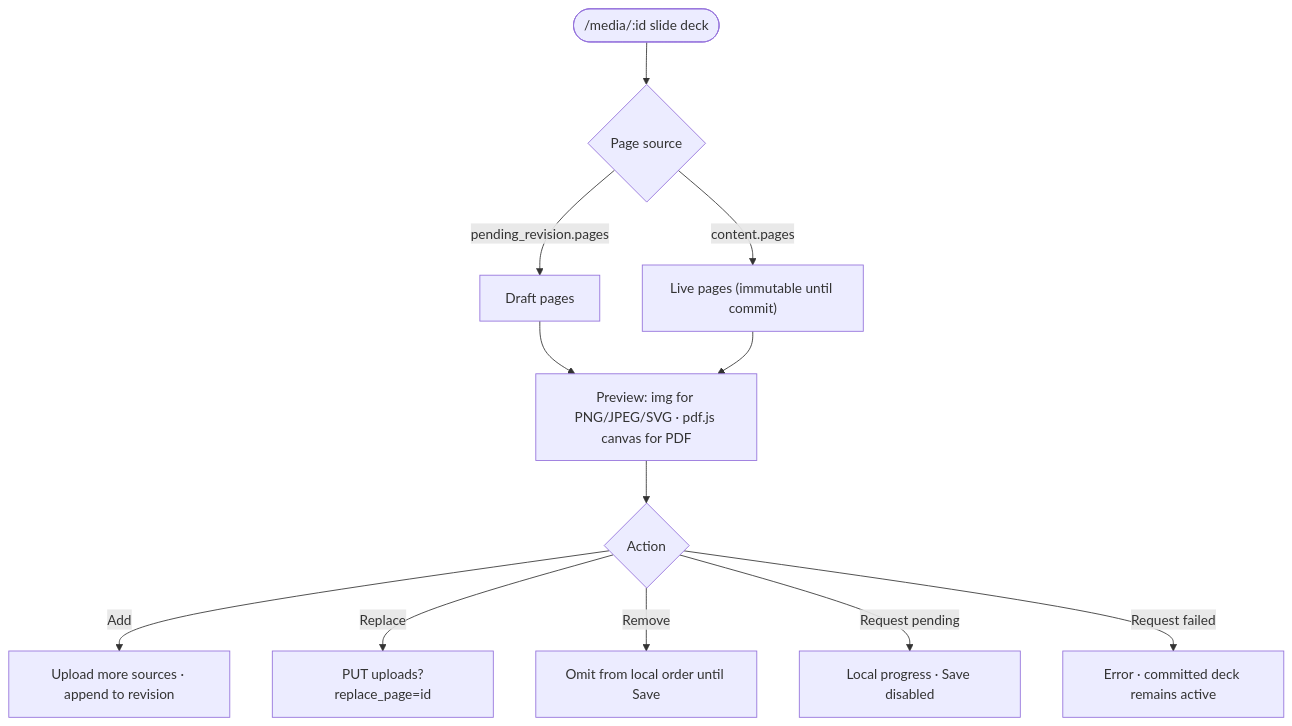
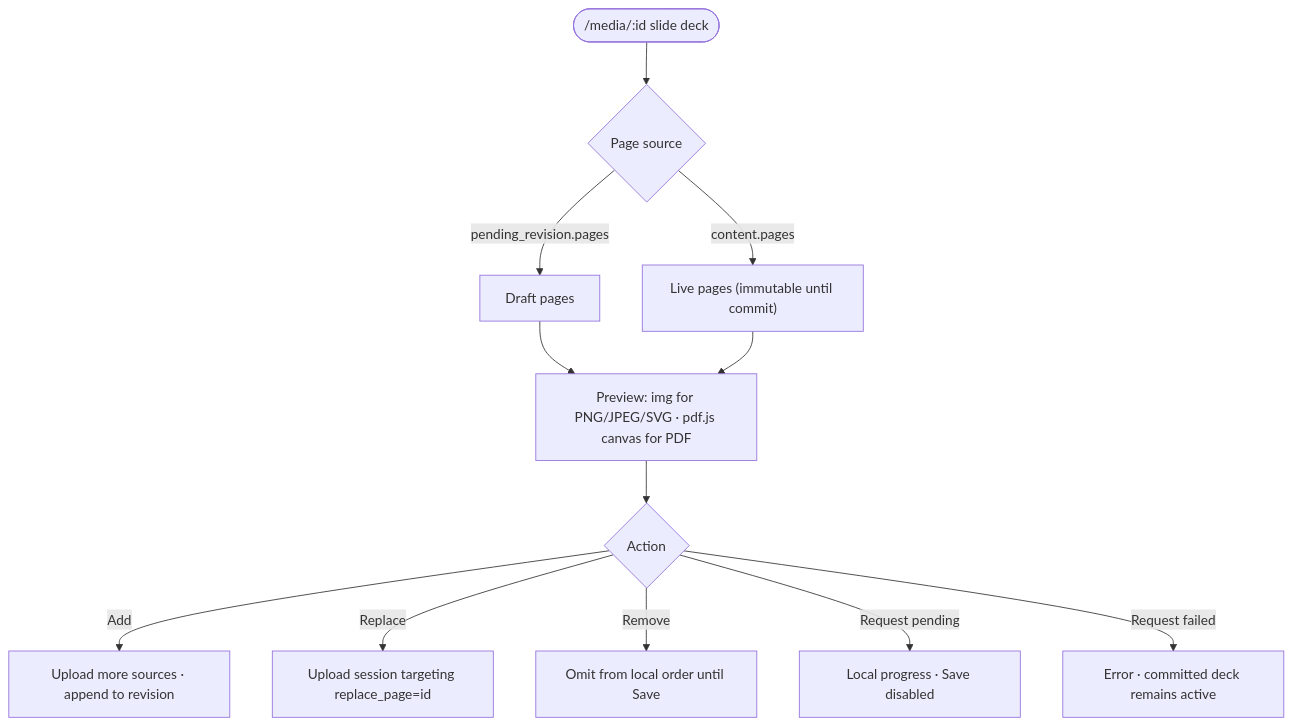
One commit to xilefmusics/worshipviewer changed diagram 53 of 57 in docs/architecture/frontend-user-flows.md. Above: the diagram before and after it, drawn with Mermaid. The commit also changed other lines of this file and 24 other files, not shown here.

````diff
--- a/docs/architecture/frontend-user-flows.md
+++ b/docs/architecture/frontend-user-flows.md
@@ -940,14 +942,14 @@
 ```mermaid
 flowchart TD
     editor(["/media/:id slide deck"]) --> src{Page source}
     src -->|pending_revision.pages| draft["Draft pages"]
     src -->|content.pages| live["Live pages (immutable until commit)"]
     draft --> prev["Preview: img for PNG/JPEG/SVG · pdf.js canvas for PDF"]
     live --> prev
     prev --> acts{Action}
     acts -->|Add| add["Upload more sources · append to revision"]
-    acts -->|Replace| rep["PUT uploads?replace_page=id"]
+    acts -->|Replace| rep["Upload session targeting replace_page=id"]
     acts -->|Remove| rm["Omit from local order until Save"]
     acts -->|Request pending| wait["Local progress · Save disabled"]
     acts -->|Request failed| keep["Error · committed deck remains active"]
 ```
````
